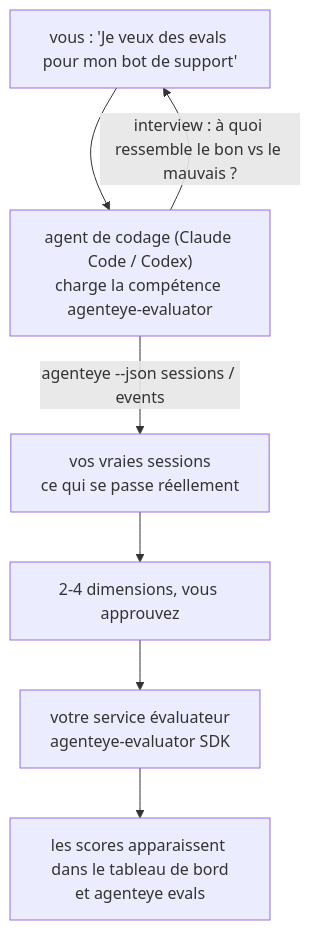
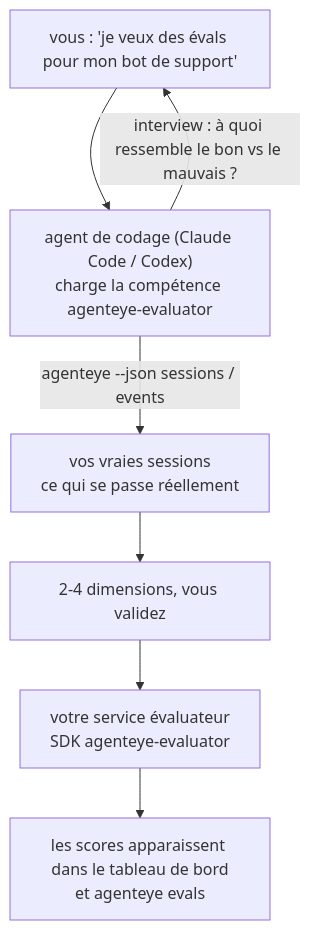
The diagram in docs/fr/agenteye/evaluator-skill.mdx (FailproofAI/failproofai), drawn with Mermaid before and after one commit. The commit also changed other lines of this file and 649 other files, not shown here.

````diff
--- a/docs/fr/agenteye/evaluator-skill.mdx
+++ b/docs/fr/agenteye/evaluator-skill.mdx
@@ -21,9 +21,9 @@
 ```mermaid
 flowchart TD
-    YOU["vous : 'Je veux des evals pour mon bot de support'"] --> AGENT["agent de codage (Claude Code / Codex)<br/>charge la compétence agenteye-evaluator"]
+    YOU["vous : 'je veux des évals pour mon bot de support'"] --> AGENT["agent de codage (Claude Code / Codex)<br/>charge la compétence agenteye-evaluator"]
     AGENT -->|"interview : à quoi ressemble le bon vs le mauvais ?"| YOU
     AGENT -->|"agenteye --json sessions / events"| DATA["vos vraies sessions<br/>ce qui se passe réellement"]
-    DATA --> DIMS["2-4 dimensions, vous approuvez"]
-    DIMS --> SVC["votre service évaluateur<br/>agenteye-evaluator SDK"]
+    DATA --> DIMS["2-4 dimensions, vous validez"]
+    DIMS --> SVC["votre service évaluateur<br/>SDK agenteye-evaluator"]
     SVC --> SCORES["les scores apparaissent dans le tableau de bord<br/>et agenteye evals"]
 ```
````
